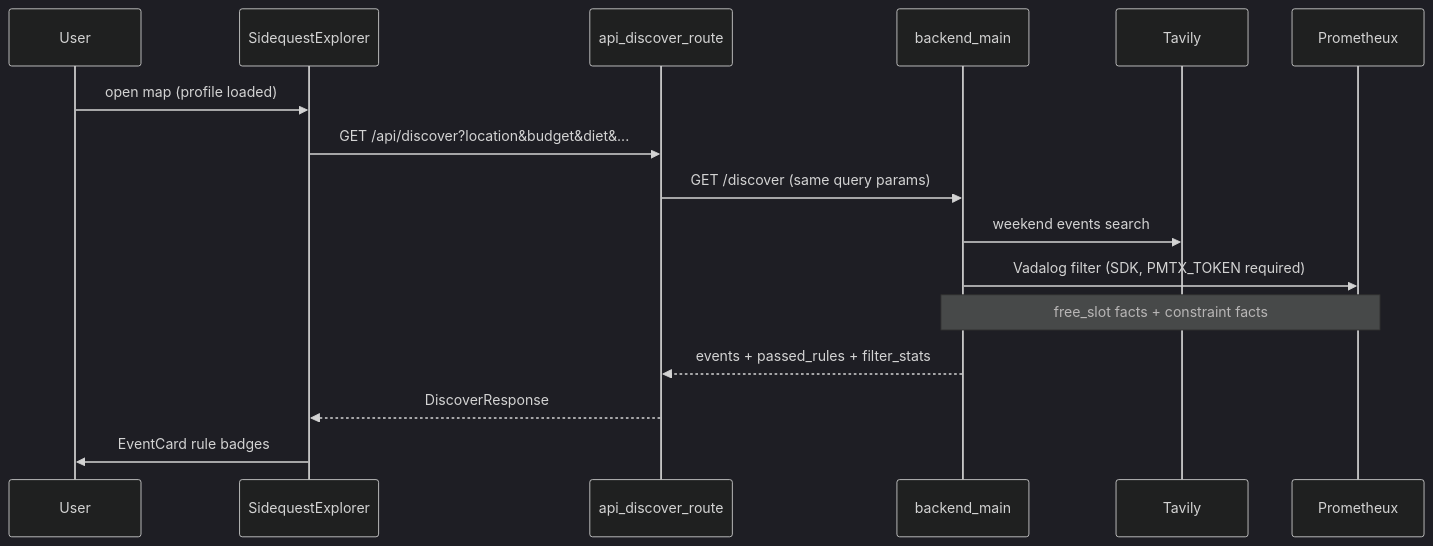
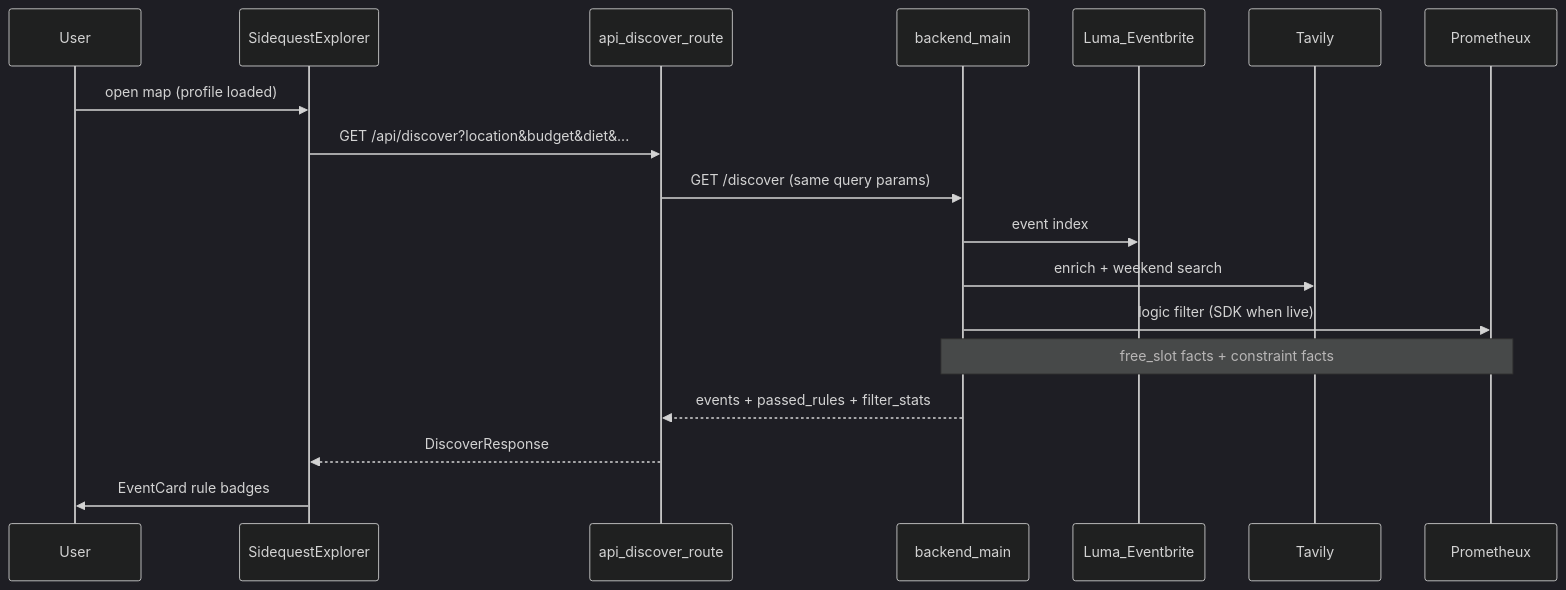
Before and after one commit to 5hadowblaze/sidequest: the first of 2 diagrams in Design.md, drawn with Mermaid (dark theme). The commit also changed other lines of this file and 4 other files, not shown here.

````diff
--- a/Design.md
+++ b/Design.md
@@ -142,19 +166,21 @@
 ```mermaid
 sequenceDiagram
     participant User
     participant Explorer as SidequestExplorer
     participant API as api_discover_route
     participant FastAPI as backend_main
+    participant Sources as Luma_Eventbrite
     participant Tavily
     participant Prometheux
 
     User->>Explorer: open map (profile loaded)
     Explorer->>API: GET /api/discover?location&budget&diet&...
     API->>FastAPI: GET /discover (same query params)
-    FastAPI->>Tavily: weekend events search
-    FastAPI->>Prometheux: Vadalog filter (SDK, PMTX_TOKEN required)
+    FastAPI->>Sources: event index
+    FastAPI->>Tavily: enrich + weekend search
+    FastAPI->>Prometheux: logic filter (SDK when live)
     Note over FastAPI,Prometheux: free_slot facts + constraint facts
     FastAPI-->>API: events + passed_rules + filter_stats
     API-->>Explorer: DiscoverResponse
     Explorer->>User: EventCard rule badges
 ```
````
